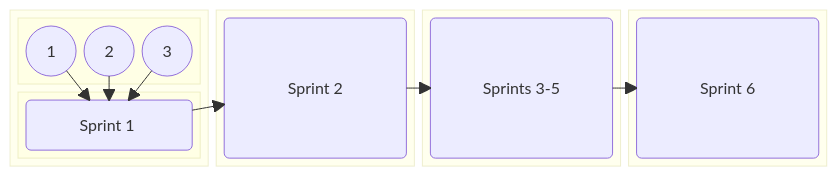
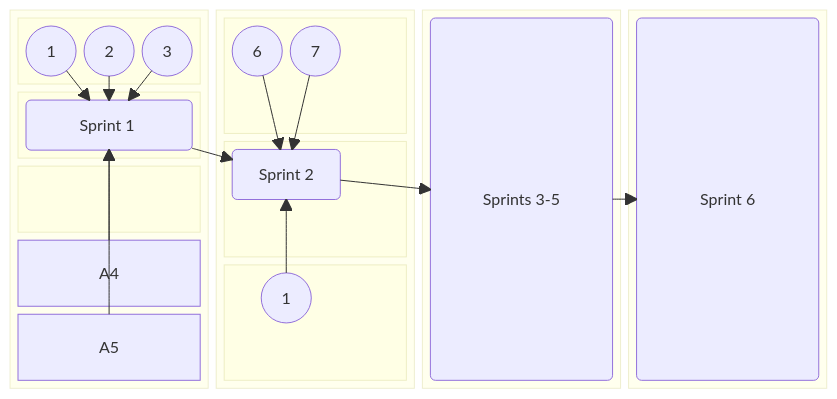
The second of 2 diagrams in README.md (jdmedlock/mermaid_testing), drawn with Mermaid before and after one commit.

Commit message:
Feature: Add annotations to test layout

````diff
--- a/README.md
+++ b/README.md
@@ -90,32 +90,55 @@
 ```mermaid
   block-beta
     columns 4
     block:B1:1
       columns 1
-      block:ANNOTATIONS
+      block:B1TOP
         A1(("&nbsp;&nbsp;&nbsp; 1 &nbsp;&nbsp;&nbsp;"))
         A2(("&nbsp;&nbsp;&nbsp; 2 &nbsp;&nbsp;&nbsp;"))
         A3(("&nbsp;&nbsp;&nbsp; 3 &nbsp;&nbsp;&nbsp;"))
       end
-      block:S1
+      block:B1CENTER
         SPRINT1("Sprint 1&nbsp;")
+      end
+      block:B1BOTTOM
+        A1(("&nbsp;&nbsp;&nbsp; 1 &nbsp;&nbsp;&nbsp;"))
+        A2(("&nbsp;&nbsp;&nbsp; 2 &nbsp;&nbsp;&nbsp;"))
+        A3(("&nbsp;&nbsp;&nbsp; 3 &nbsp;&nbsp;&nbsp;"))
       end
       A1 ----> SPRINT1
       A2 ----> SPRINT1
       A3 ----> SPRINT1
+      A4 ----> SPRINT1
+      A5 ----> SPRINT1
     end
+
     block:B2:1
-      SPRINT2("Sprint 2")
+      columns 1
+      block:B2TOP
+        A6(("&nbsp;&nbsp;&nbsp; 6 &nbsp;&nbsp;&nbsp;"))
+        A7(("&nbsp;&nbsp;&nbsp; 7 &nbsp;&nbsp;&nbsp;"))
+      end
+      block:B2CENTER
+        SPRINT2("Sprint 2")
+      end
+      block:B2BOTTOM
+        A8(("&nbsp;&nbsp;&nbsp; 1 &nbsp;&nbsp;&nbsp;"))
+      end
+      A6 ----> SPRINT2
+      A7 ----> SPRINT2
+      A8 ----> SPRINT2
     end
+
     block:B3:1
       SPRINT35("Sprints 3-5")
     end
+
     block:B4:1
       SPRINT6("Sprint 6")
     end
 
     SPRINT1 --> SPRINT2
     SPRINT2 --> SPRINT35
     SPRINT35 --> SPRINT6
 
 ```
````
